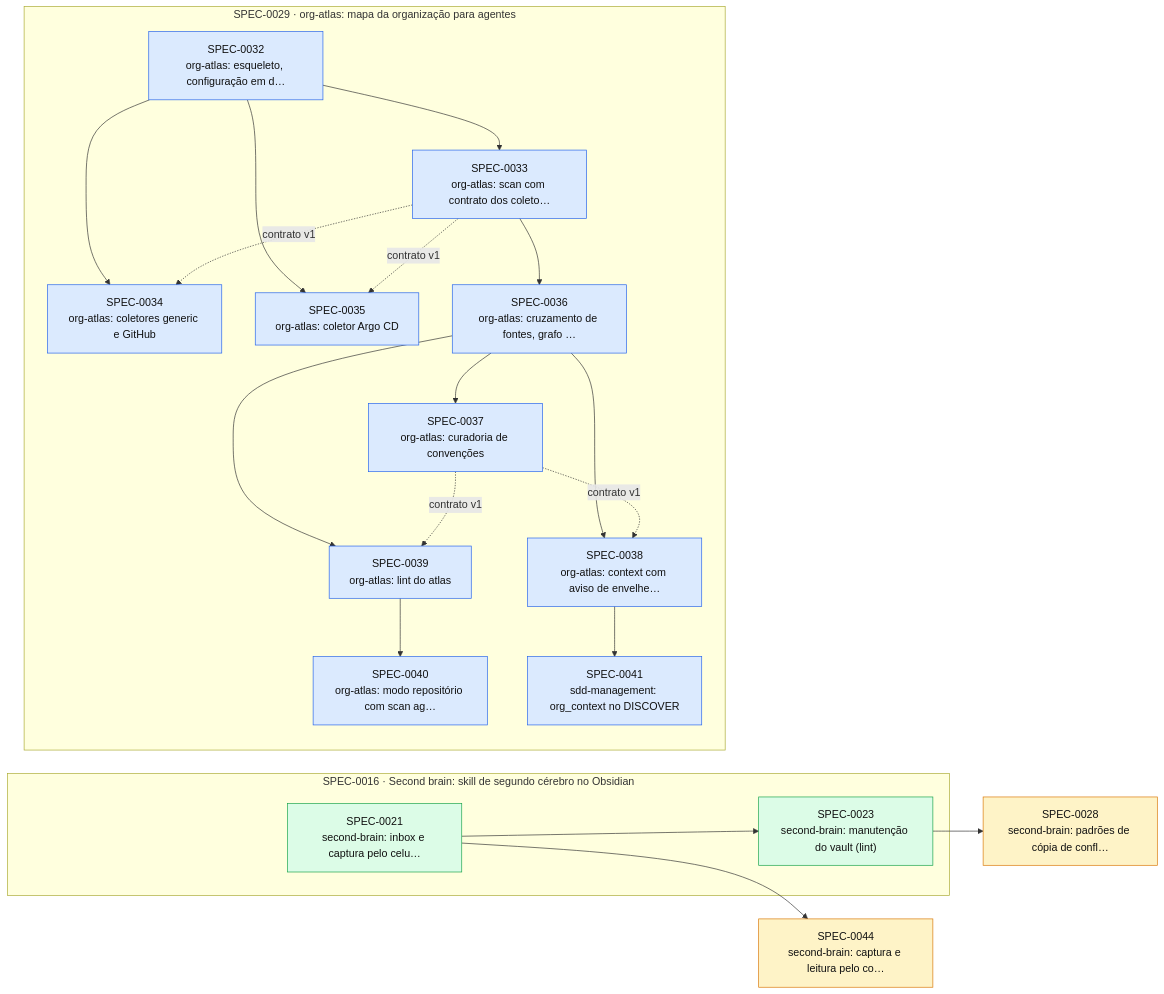
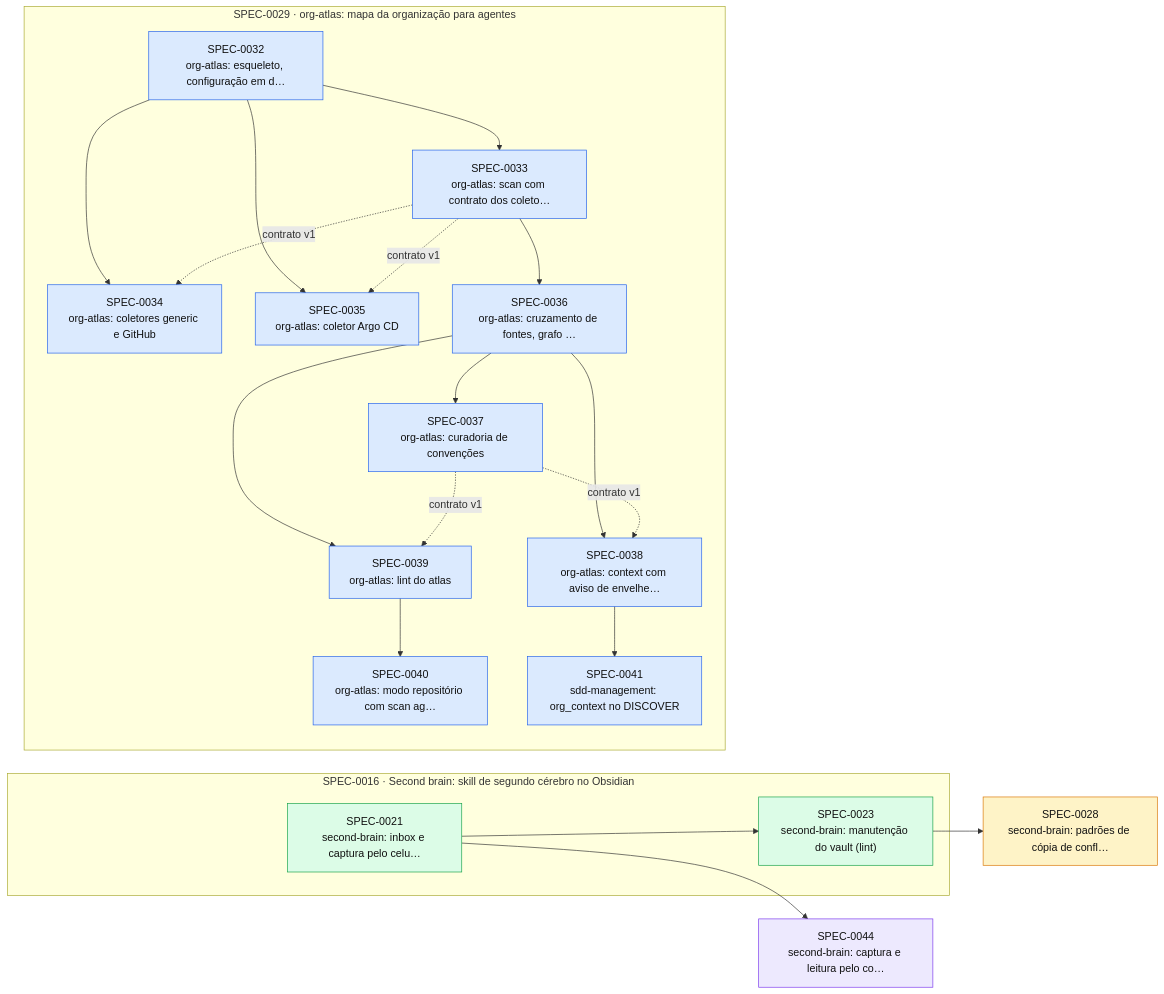
The diagram in docs/specs/INDEX.md (thomasravache/ai-dev-brain), drawn with Mermaid before and after one commit. The commit also changed other lines of this file and 2 other files, not shown here.

First line of the commit message:
docs(specs): H1, plano e execução da SPEC-0044; ADR-0013 aceito

````diff
--- a/docs/specs/INDEX.md
+++ b/docs/specs/INDEX.md
@@ -59,42 +59,42 @@
 ```mermaid
 flowchart LR
   S0028["SPEC-0028<br/>second-brain: padrões de cópia de confl…"]:::proposed
-  S0044["SPEC-0044<br/>second-brain: captura e leitura pelo co…"]:::proposed
+  S0044["SPEC-0044<br/>second-brain: captura e leitura pelo co…"]:::inprogress
   subgraph E0016["SPEC-0016 · Second brain: skill de segundo cérebro no Obsidian"]
     S0021["SPEC-0021<br/>second-brain: inbox e captura pelo celu…"]:::implemented
     S0023["SPEC-0023<br/>second-brain: manutenção do vault (lint)"]:::implemented
   end
   subgraph E0029["SPEC-0029 · org-atlas: mapa da organização para agentes"]
     S0032["SPEC-0032<br/>org-atlas: esqueleto, configuração em d…"]:::approved
     S0033["SPEC-0033<br/>org-atlas: scan com contrato dos coleto…"]:::approved
     S0034["SPEC-0034<br/>org-atlas: coletores generic e GitHub"]:::approved
     S0035["SPEC-0035<br/>org-atlas: coletor Argo CD"]:::approved
     S0036["SPEC-0036<br/>org-atlas: cruzamento de fontes, grafo …"]:::approved
     S0037["SPEC-0037<br/>org-atlas: curadoria de convenções"]:::approved
     S0038["SPEC-0038<br/>org-atlas: context com aviso de envelhe…"]:::approved
     S0039["SPEC-0039<br/>org-atlas: lint do atlas"]:::approved
     S0040["SPEC-0040<br/>org-atlas: modo repositório com scan ag…"]:::approved
     S0041["SPEC-0041<br/>sdd-management: org_context no DISCOVER"]:::approved
   end
   S0021 --> S0023
   S0023 --> S0028
   S0032 --> S0033
   S0032 --> S0034
   S0033 -. contrato v1 .-> S0034
   S0032 --> S0035
   S0033 -. contrato v1 .-> S0035
   S0033 --> S0036
   S0036 --> S0037
   S0036 --> S0038
   S0037 -. contrato v1 .-> S0038
   S0036 --> S0039
   S0037 -. contrato v1 .-> S0039
   S0039 --> S0040
   S0038 --> S0041
   S0021 --> S0044
   classDef proposed fill:#fef3c7,stroke:#d97706,color:#111
   classDef approved fill:#dbeafe,stroke:#2563eb,color:#111
   classDef inprogress fill:#ede9fe,stroke:#7c3aed,color:#111
   classDef implemented fill:#dcfce7,stroke:#16a34a,color:#111
   classDef deprecated fill:#f3f4f6,stroke:#9ca3af,color:#6b7280
 ```
````
